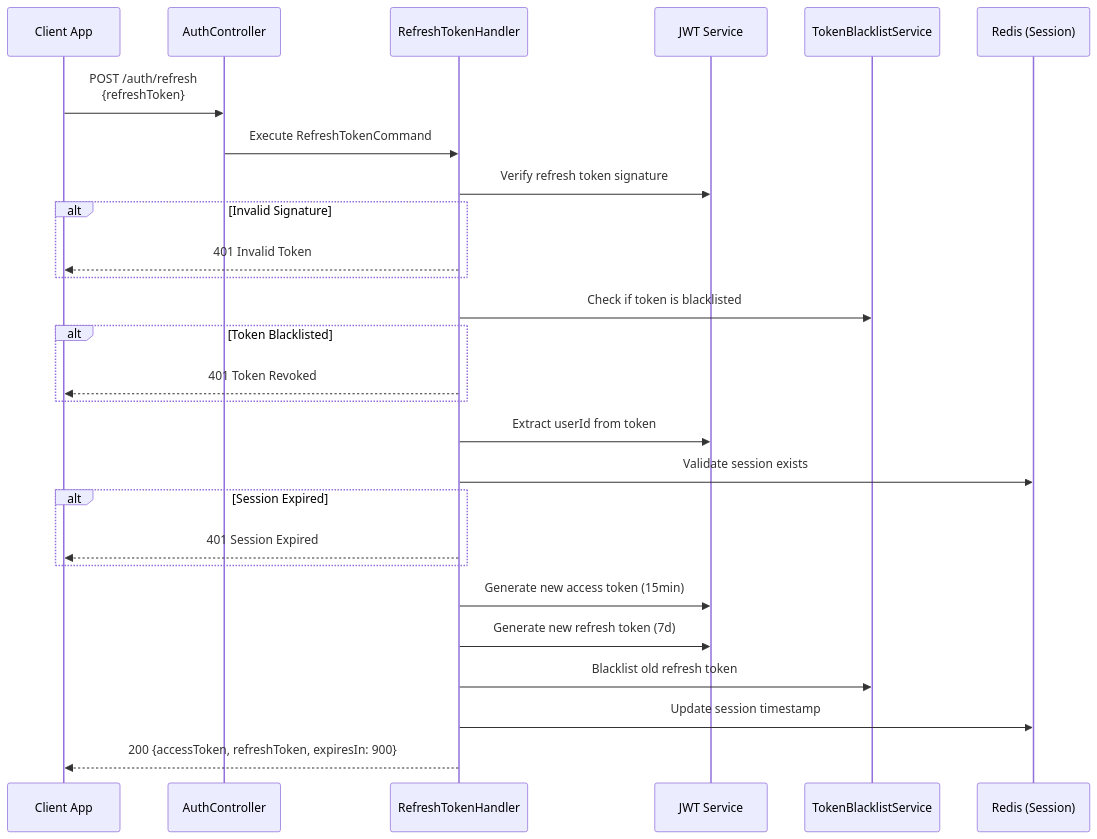
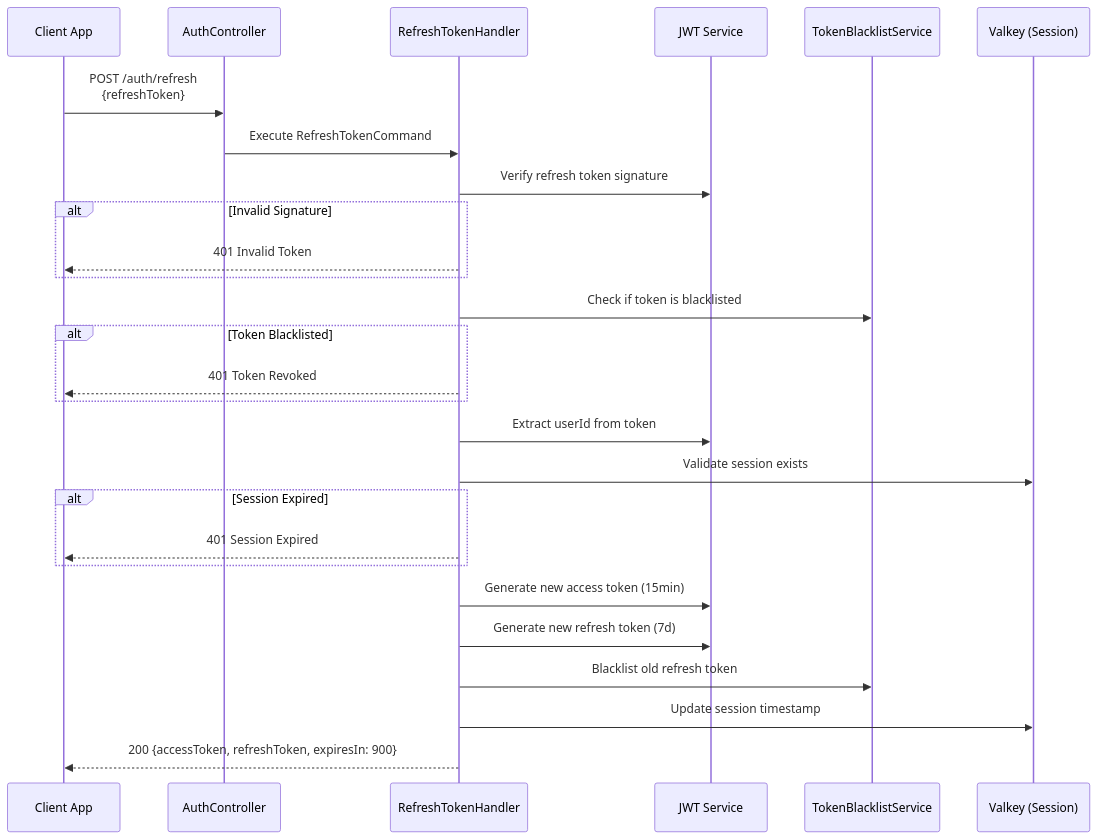
Before and after one commit to telemetryflow/telemetryflow-overview: the fifth of 9 diagrams in backend/modules/200-auth.md, drawn with Mermaid. The commit also changed other lines of this file and 23 other files, not shown here.

First line of the commit message:
docs: relabel Redis->Valkey in architecture/diagrams/prose (follow-up sweep)

````diff
--- a/backend/modules/200-auth.md
+++ b/backend/modules/200-auth.md
@@ -202,36 +202,36 @@
 ```mermaid
 sequenceDiagram
     participant Client as Client App
     participant API as AuthController
     participant Handler as RefreshTokenHandler
     participant JWT as JWT Service
     participant Blacklist as TokenBlacklistService
-    participant Redis as Redis (Session)
+    participant Valkey as Valkey (Session)
 
     Client->>API: POST /auth/refresh<br/>{refreshToken}
     API->>Handler: Execute RefreshTokenCommand
 
     Handler->>JWT: Verify refresh token signature
     alt Invalid Signature
         Handler-->>Client: 401 Invalid Token
     end
 
     Handler->>Blacklist: Check if token is blacklisted
     alt Token Blacklisted
         Handler-->>Client: 401 Token Revoked
     end
 
     Handler->>JWT: Extract userId from token
-    Handler->>Redis: Validate session exists
+    Handler->>Valkey: Validate session exists
 
     alt Session Expired
         Handler-->>Client: 401 Session Expired
     end
 
     Handler->>JWT: Generate new access token (15min)
     Handler->>JWT: Generate new refresh token (7d)
     Handler->>Blacklist: Blacklist old refresh token
-    Handler->>Redis: Update session timestamp
+    Handler->>Valkey: Update session timestamp
 
     Handler-->>Client: 200 {accessToken, refreshToken, expiresIn: 900}
 ```
````
